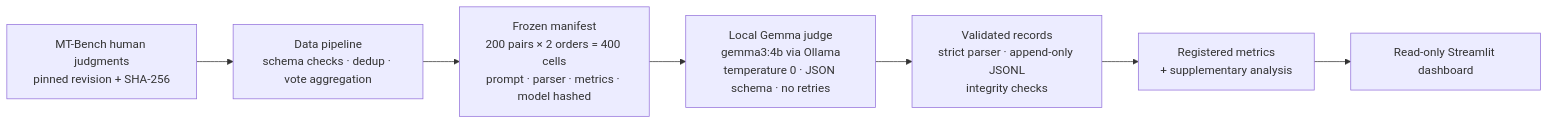
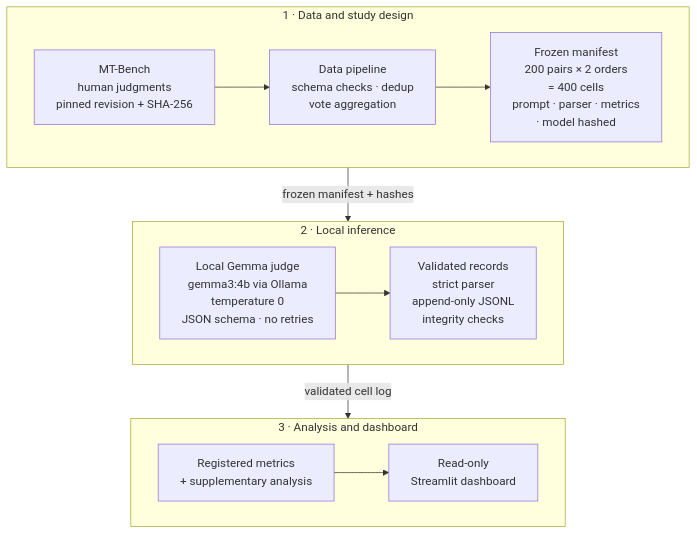
The diagram in README.md (baranozgurtas/llm-judge-audit), drawn with Mermaid before and after one commit.

Commit message:
README: restack Architecture diagram into three labelled stages
The left-to-right flowchart rendered as a tiny strip on GitHub. Same nodes
and wording, grouped top-to-bottom as 1 Data and study design, 2 Local
inference, 3 Analysis and dashboard, with explicit line breaks and labelled
stage-to-stage arrows. README-only change.

````diff
--- a/README.md
+++ b/README.md
@@ -156,9 +156,18 @@
 ```mermaid
-flowchart LR
-    A["MT-Bench human judgments<br/>pinned revision + SHA-256"] --> B["Data pipeline<br/>schema checks · dedup · vote aggregation"]
-    B --> C["Frozen manifest<br/>200 pairs × 2 orders = 400 cells<br/>prompt · parser · metrics · model hashed"]
-    C --> D["Local Gemma judge<br/>gemma3:4b via Ollama<br/>temperature 0 · JSON schema · no retries"]
-    D --> E["Validated records<br/>strict parser · append-only JSONL<br/>integrity checks"]
-    E --> F["Registered metrics<br/>+ supplementary analysis"]
-    F --> G["Read-only Streamlit dashboard"]
+flowchart TB
+    subgraph S1["1 · Data and study design"]
+        direction LR
+        A["MT-Bench<br/>human judgments<br/>pinned revision + SHA-256"] --> B["Data pipeline<br/>schema checks · dedup<br/>vote aggregation"]
+        B --> C["Frozen manifest<br/>200 pairs × 2 orders<br/>= 400 cells<br/>prompt · parser · metrics<br/>· model hashed"]
+    end
+    subgraph S2["2 · Local inference"]
+        direction LR
+        D["Local Gemma judge<br/>gemma3:4b via Ollama<br/>temperature 0<br/>JSON schema · no retries"] --> E["Validated records<br/>strict parser<br/>append-only JSONL<br/>integrity checks"]
+    end
+    subgraph S3["3 · Analysis and dashboard"]
+        direction LR
+        F["Registered metrics<br/>+ supplementary analysis"] --> G["Read-only<br/>Streamlit dashboard"]
+    end
+    S1 -- "frozen manifest + hashes" --> S2
+    S2 -- "validated cell log" --> S3
 ```
````
